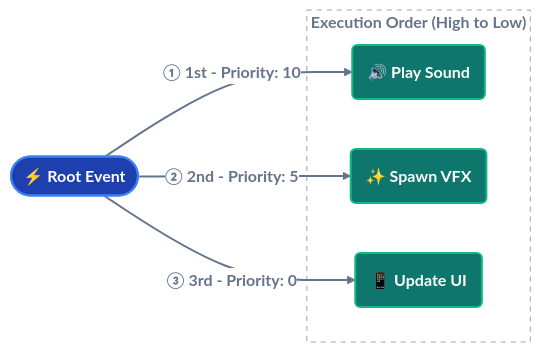
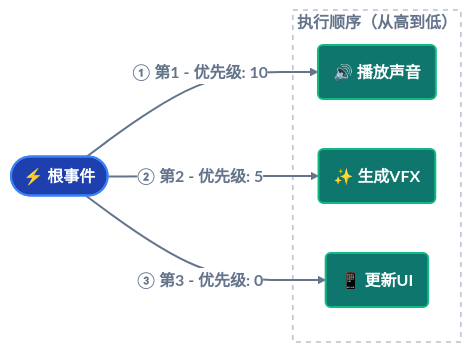
The third of 6 diagrams in i18n/zh/docusaurus-plugin-content-docs/current/game-event-system/flow-graph/game-event-node-behavior.md (tinygiants-tech/TinyGiants), drawn with Mermaid (neutral theme) before and after one commit. The commit also changed other lines of this file and 4 other files, not shown here.

Commit message:
修复文档页图像高亮的样式丢失问题

````diff
--- a/i18n/zh/docusaurus-plugin-content-docs/current/game-event-system/flow-graph/game-event-node-behavior.md
+++ b/i18n/zh/docusaurus-plugin-content-docs/current/game-event-system/flow-graph/game-event-node-behavior.md
@@ -314,22 +306,22 @@
 ```mermaid
 graph LR
 
-    ROOT(["⚡ Root Event"]):::root
+    ROOT(["⚡ 根事件"]):::root
 
-    ROOT ==>|① 1st - Priority: 10| A1("🔊 Play Sound"):::action
-    ROOT ==>|② 2nd - Priority: 5 | A2("✨ Spawn VFX"):::action
-    ROOT ==>|③ 3rd - Priority: 0 | A3("📱 Update UI"):::action
+    ROOT ==>|① 第1 - 优先级: 10| A1("🔊 播放声音"):::action
+    ROOT ==>|② 第2 - 优先级: 5 | A2("✨ 生成VFX"):::action
+    ROOT ==>|③ 第3 - 优先级: 0 | A3("📱 更新UI"):::action
 
-    subgraph Queue ["Execution Order (High to Low)"]
+    subgraph Queue ["执行顺序（从高到低）"]
     A1
     A2
     A3
     end
 
     classDef root fill:#1e40af,stroke:#3b82f6,stroke-width:2px,color:#ffffff,font-weight:bold
     classDef action fill:#0f766e,stroke:#10b981,stroke-width:2px,color:#ffffff
 
     style Queue fill:none,stroke:#94a3b8,stroke-dasharray: 5 5,color:#64748b
 
     linkStyle default stroke:#64748b,stroke-width:2px,color:#64748b,font-weight:bold
 ```
````
